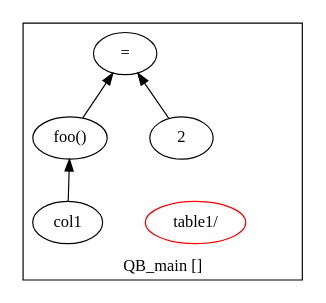
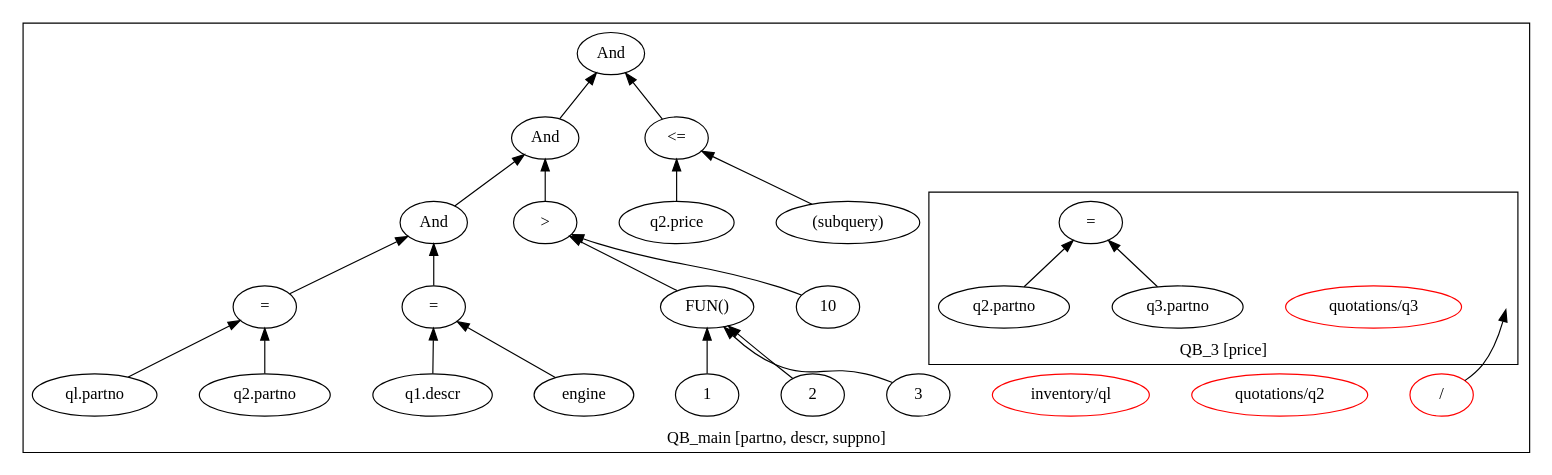
One commit to adarshpannu/kona changed the diagram in qgm.dot. Above: the diagram before and after it, drawn with Graphviz. The commit also changed 6 other files, not shown here.

```diff
--- a/qgm.dot
+++ b/qgm.dot
@@ -1,16 +1,58 @@
 digraph example1 {
     rankdir=BT;
     nodesep=0.5;
+    ordering="in";
   subgraph cluster_QB_main {
-    label = "QB_main []";
+    label = "QB_main [partno, descr, suppno]";
     "QB_main_pt"[shape=point, color=white];
-    "QUN_0"[label="table1/", color=red]
-    exprnode0x7fbc27d385a8[label="="];
-    exprnode0x7fbc27d38558 -> exprnode0x7fbc27d385a8;
-    exprnode0x7fbc27d379c8 -> exprnode0x7fbc27d385a8;
-    exprnode0x7fbc27d38558[label="2"];
-    exprnode0x7fbc27d379c8[label="foo()"];
-    exprnode0x7fbc27d39958 -> exprnode0x7fbc27d379c8;
-    exprnode0x7fbc27d39958[label="col1"];
+    "QUN_4"[label="/", color=red]
+    "QUN_4" -> "QB_3_pt";
+  subgraph cluster_QB_3 {
+    label = "QB_3 [price]";
+    "QB_3_pt"[shape=point, color=white];
+    "QUN_2"[label="quotations/q3", color=red]
+    exprnode0x7f98d4512fa8[label="="];
+    exprnode0x7f98d4512ee8 -> exprnode0x7f98d4512fa8;
+    exprnode0x7f98d4512f58 -> exprnode0x7f98d4512fa8;
+    exprnode0x7f98d4512ee8[label="q2.partno"];
+    exprnode0x7f98d4512f58[label="q3.partno"];
+}
+    "QUN_1"[label="quotations/q2", color=red]
+    "QUN_0"[label="inventory/ql", color=red]
+    exprnode0x7f98d4513588[label="And"];
+    exprnode0x7f98d4511ce8 -> exprnode0x7f98d4513588;
+    exprnode0x7f98d4513538 -> exprnode0x7f98d4513588;
+    exprnode0x7f98d4511ce8[label="And"];
+    exprnode0x7f98d4510108 -> exprnode0x7f98d4511ce8;
+    exprnode0x7f98d4511c98 -> exprnode0x7f98d4511ce8;
+    exprnode0x7f98d4510108[label="And"];
+    exprnode0x7f98d450ed08 -> exprnode0x7f98d4510108;
+    exprnode0x7f98d45100b8 -> exprnode0x7f98d4510108;
+    exprnode0x7f98d450ed08[label="="];
+    exprnode0x7f98d450e578 -> exprnode0x7f98d450ed08;
+    exprnode0x7f98d450ecb8 -> exprnode0x7f98d450ed08;
+    exprnode0x7f98d450e578[label="ql.partno"];
+    exprnode0x7f98d450ecb8[label="q2.partno"];
+    exprnode0x7f98d45100b8[label="="];
+    exprnode0x7f98d450ed78 -> exprnode0x7f98d45100b8;
+    exprnode0x7f98d450fc28 -> exprnode0x7f98d45100b8;
+    exprnode0x7f98d450ed78[label="q1.descr"];
+    exprnode0x7f98d450fc28[label="engine"];
+    exprnode0x7f98d4511c98[label=">"];
+    exprnode0x7f98d4511b28 -> exprnode0x7f98d4511c98;
+    exprnode0x7f98d4510e58 -> exprnode0x7f98d4511c98;
+    exprnode0x7f98d4511b28[label="FUN()"];
+    exprnode0x7f98d4511178 -> exprnode0x7f98d4511b28;
+    exprnode0x7f98d4511178[label="1"];
+    exprnode0x7f98d45111e8 -> exprnode0x7f98d4511b28;
+    exprnode0x7f98d45111e8[label="2"];
+    exprnode0x7f98d4511668 -> exprnode0x7f98d4511b28;
+    exprnode0x7f98d4511668[label="3"];
+    exprnode0x7f98d4510e58[label="10"];
+    exprnode0x7f98d4513538[label="<="];
+    exprnode0x7f98d4512598 -> exprnode0x7f98d4513538;
+    exprnode0x7f98d45134e8 -> exprnode0x7f98d4513538;
+    exprnode0x7f98d4512598[label="q2.price"];
+    exprnode0x7f98d45134e8[label="(subquery)"];
 }
 }
```
